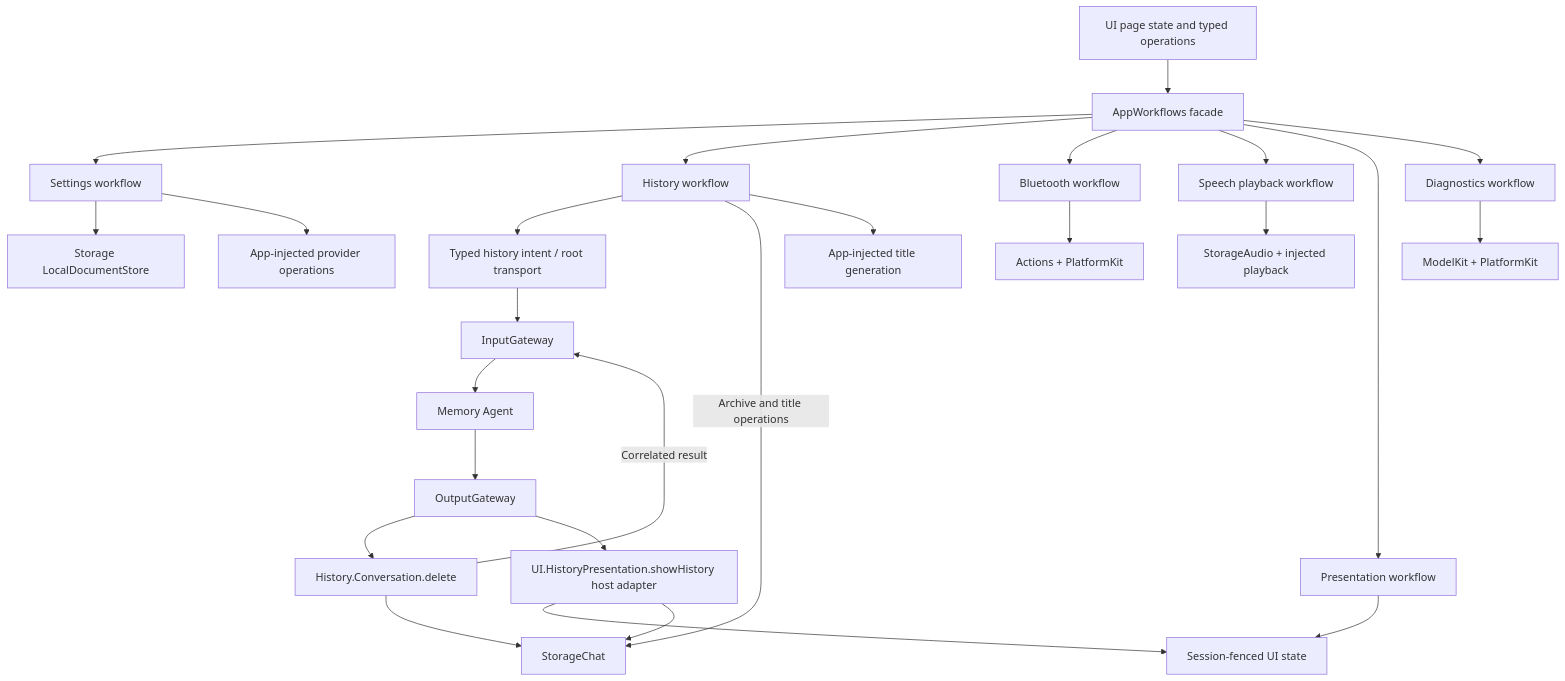
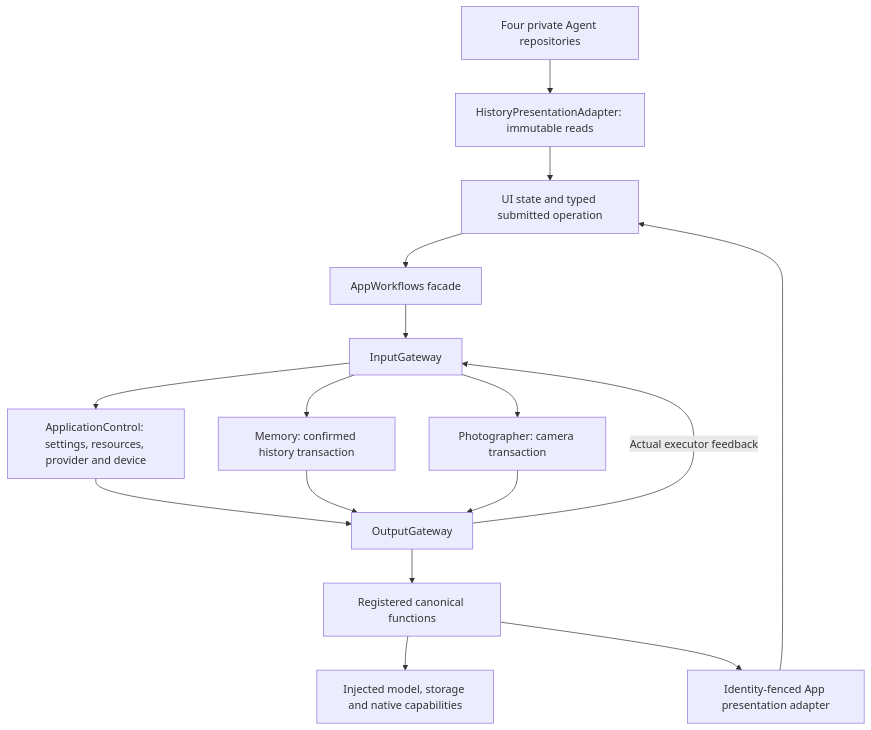
Before and after one commit to devilyouwei/MobileHarness: diagram 23 of 33 in MobileHarness/README.md, drawn with Mermaid. The commit also changed other lines of this file and 116 other files, not shown here.

````diff
--- a/MobileHarness/README.md
+++ b/MobileHarness/README.md
@@ -921,28 +1256,18 @@
 ```mermaid
 flowchart TB
-    UI[UI page state and typed operations] --> Facade[AppWorkflows facade]
-    Facade --> Settings[Settings workflow]
-    Facade --> History[History workflow]
-    Facade --> Bluetooth[Bluetooth workflow]
-    Facade --> Speech[Speech playback workflow]
-    Facade --> Presentation[Presentation workflow]
-    Facade --> Diagnostics[Diagnostics workflow]
-    Settings --> Documents[Storage LocalDocumentStore]
-    Settings --> Provider[App-injected provider operations]
-    History --> Intent[Typed history intent / root transport]
-    Intent --> Input[InputGateway]
-    Input --> Memory[Memory Agent]
-    Memory --> Output[OutputGateway]
-    Output --> Delete[History.Conversation.delete]
-    Delete --> Journal
-    Delete -->|Correlated result| Input
-    Output --> Present[UI.HistoryPresentation.showHistory host adapter]
-    Present --> State
-    Present --> Journal[StorageChat]
-    History -->|Archive and title operations| Journal
-    History --> Title[App-injected title generation]
-    Bluetooth --> Device[Actions + PlatformKit]
-    Speech --> Audio[StorageAudio + injected playback]
-    Presentation --> State[Session-fenced UI state]
-    Diagnostics --> Capabilities[ModelKit + PlatformKit]
+    UI[UI state and typed submitted operation] --> Facade[AppWorkflows facade]
+    Facade --> Input[InputGateway]
+    Input --> Control[ApplicationControl: settings, resources, provider and device]
+    Input --> Memory[Memory: confirmed history transaction]
+    Input --> Photographer[Photographer: camera transaction]
+    Control --> Output[OutputGateway]
+    Memory --> Output
+    Photographer --> Output
+    Output --> Functions[Registered canonical functions]
+    Functions --> Native[Injected model, storage and native capabilities]
+    Functions --> Present[Identity-fenced App presentation adapter]
+    Present --> UI
+    Output -->|Actual executor feedback| Input
+    Repositories[Four private Agent repositories] --> Reads[HistoryPresentationAdapter: immutable reads]
+    Reads --> UI
 ```
````
